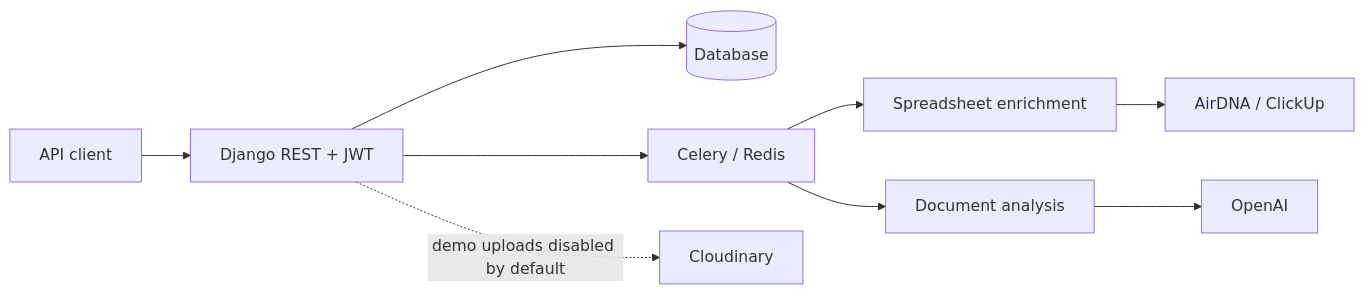
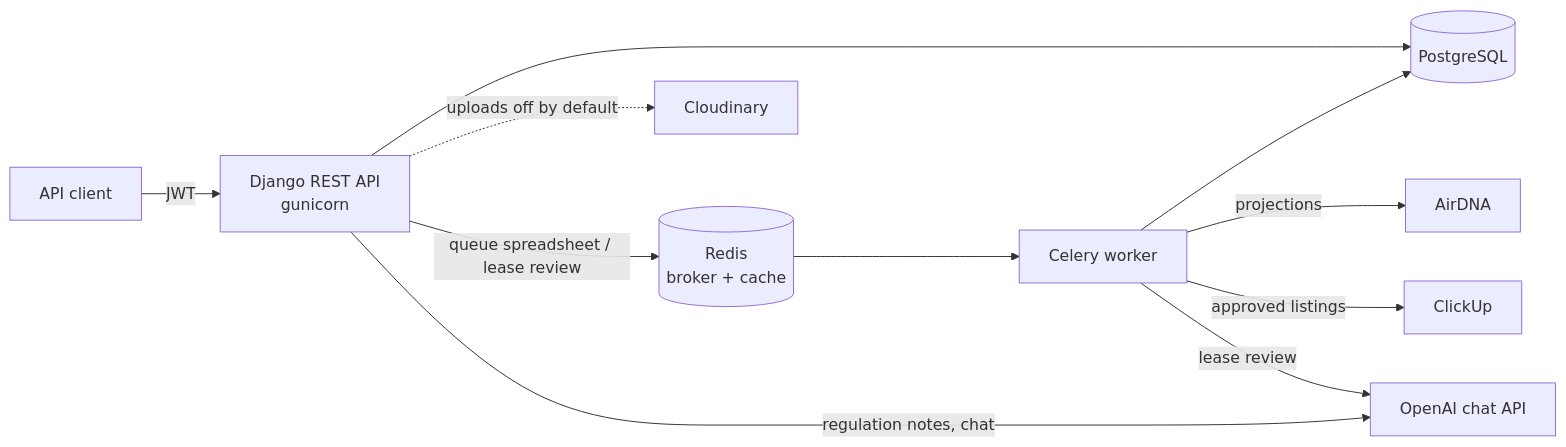
The diagram in README.md (dev-nezuko/property-stay-api), drawn with Mermaid before and after one commit. The commit also changed other lines of this file and 2 other files, not shown here.

````diff
--- a/README.md
+++ b/README.md
@@ -9,11 +9,13 @@
 ```mermaid
 flowchart LR
-    Client[API client] --> API[Django REST + JWT]
-    API --> DB[(Database)]
-    API --> Queue[Celery / Redis]
-    Queue --> Rental[Spreadsheet enrichment]
-    Queue --> Documents[Document analysis]
-    Rental --> Providers[AirDNA / ClickUp]
-    Documents --> Model[OpenAI]
-    API -. demo uploads disabled by default .-> Storage[Cloudinary]
+    Client[API client] -->|JWT| API[Django REST API<br/>gunicorn]
+    API --> DB[(PostgreSQL)]
+    API -->|queue spreadsheet / lease review| Redis[(Redis<br/>broker + cache)]
+    Redis --> Worker[Celery worker]
+    Worker --> DB
+    Worker -->|projections| AirDNA[AirDNA]
+    Worker -->|approved listings| ClickUp[ClickUp]
+    Worker -->|lease review| OpenAI[OpenAI chat API]
+    API -->|regulation notes, chat| OpenAI
+    API -. uploads off by default .-> Cloudinary[Cloudinary]
 ```
````
